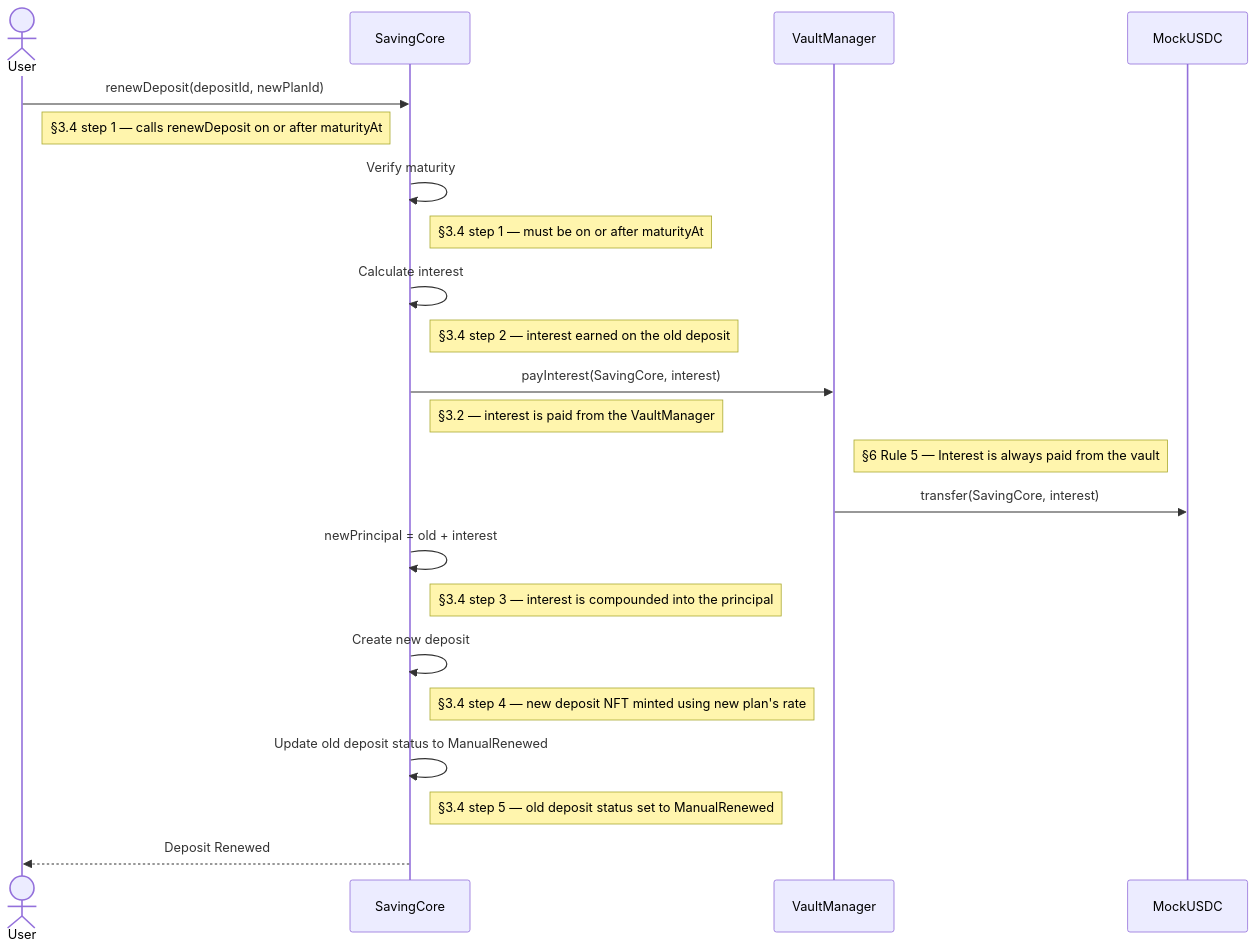
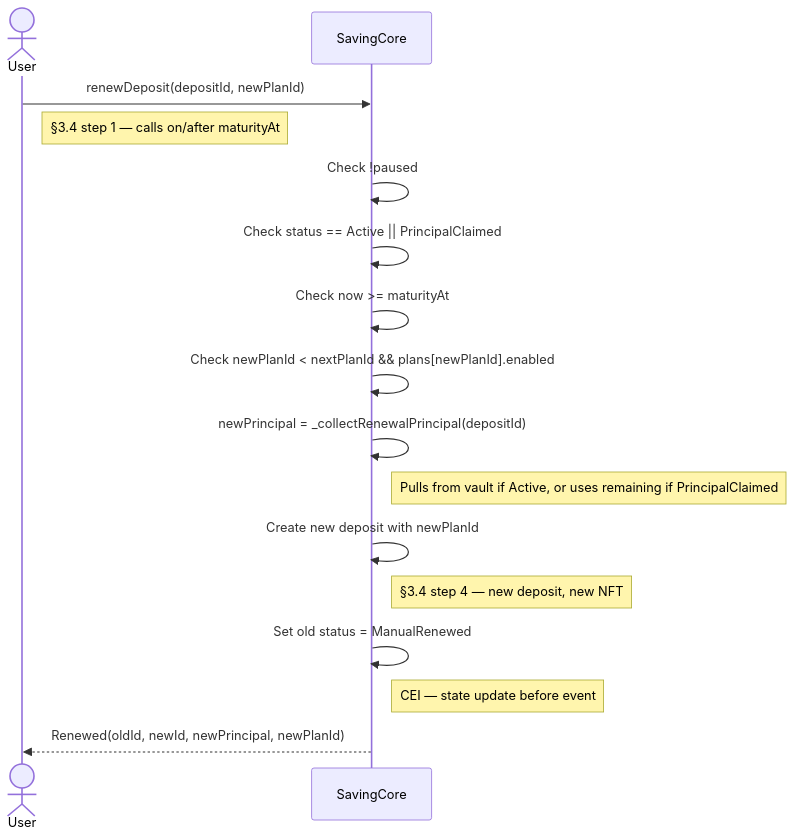
Before and after one commit to yang-sin-pal/AC_BlockChain_Online_Saving: the fourth of 14 diagrams in docs/diagrams/sequence-diagram.md, drawn with Mermaid. The commit also changed other lines of this file and 2 other files, not shown here.

First line of the commit message:
Enhance sequence and use case diagrams for Online Saving System

````diff
--- a/docs/diagrams/sequence-diagram.md
+++ b/docs/diagrams/sequence-diagram.md
@@ -106,33 +106,24 @@
 ```mermaid
 sequenceDiagram
     actor User
     participant Core as SavingCore
-    participant Vault as VaultManager
-    participant USDC as MockUSDC
 
     User->>Core: renewDeposit(depositId, newPlanId)
-    Note right of User: §3.4 step 1 — calls renewDeposit on or after maturityAt
+    Note right of User: §3.4 step 1 — calls on/after maturityAt
 
-    Core->>Core: Verify maturity
-    Note right of Core: §3.4 step 1 — must be on or after maturityAt
+    Core->>Core: Check !paused
+    Core->>Core: Check status == Active || PrincipalClaimed
+    Core->>Core: Check now >= maturityAt
+    Core->>Core: Check newPlanId < nextPlanId && plans[newPlanId].enabled
 
-    Core->>Core: Calculate interest
-    Note right of Core: §3.4 step 2 — interest earned on the old deposit
+    Core->>Core: newPrincipal = _collectRenewalPrincipal(depositId)
+    Note right of Core: Pulls from vault if Active, or uses remaining if PrincipalClaimed
 
-    Core->>Vault: payInterest(SavingCore, interest)
-    Note right of Core: §3.2 — interest is paid from the VaultManager
-    Note right of Vault: §6 Rule 5 — Interest is always paid from the vault
+    Core->>Core: Create new deposit with newPlanId
+    Note right of Core: §3.4 step 4 — new deposit, new NFT
 
-    Vault->>USDC: transfer(SavingCore, interest)
+    Core->>Core: Set old status = ManualRenewed
+    Note right of Core: CEI — state update before event
 
-    Core->>Core: newPrincipal = old + interest
-    Note right of Core: §3.4 step 3 — interest is compounded into the principal
-
-    Core->>Core: Create new deposit
-    Note right of Core: §3.4 step 4 — new deposit NFT minted using new plan's rate
-
-    Core->>Core: Update old deposit status to ManualRenewed
-    Note right of Core: §3.4 step 5 — old deposit status set to ManualRenewed
-
-    Core-->>User: Deposit Renewed
+    Core-->>User: Renewed(oldId, newId, newPrincipal, newPlanId)
 ```
````
